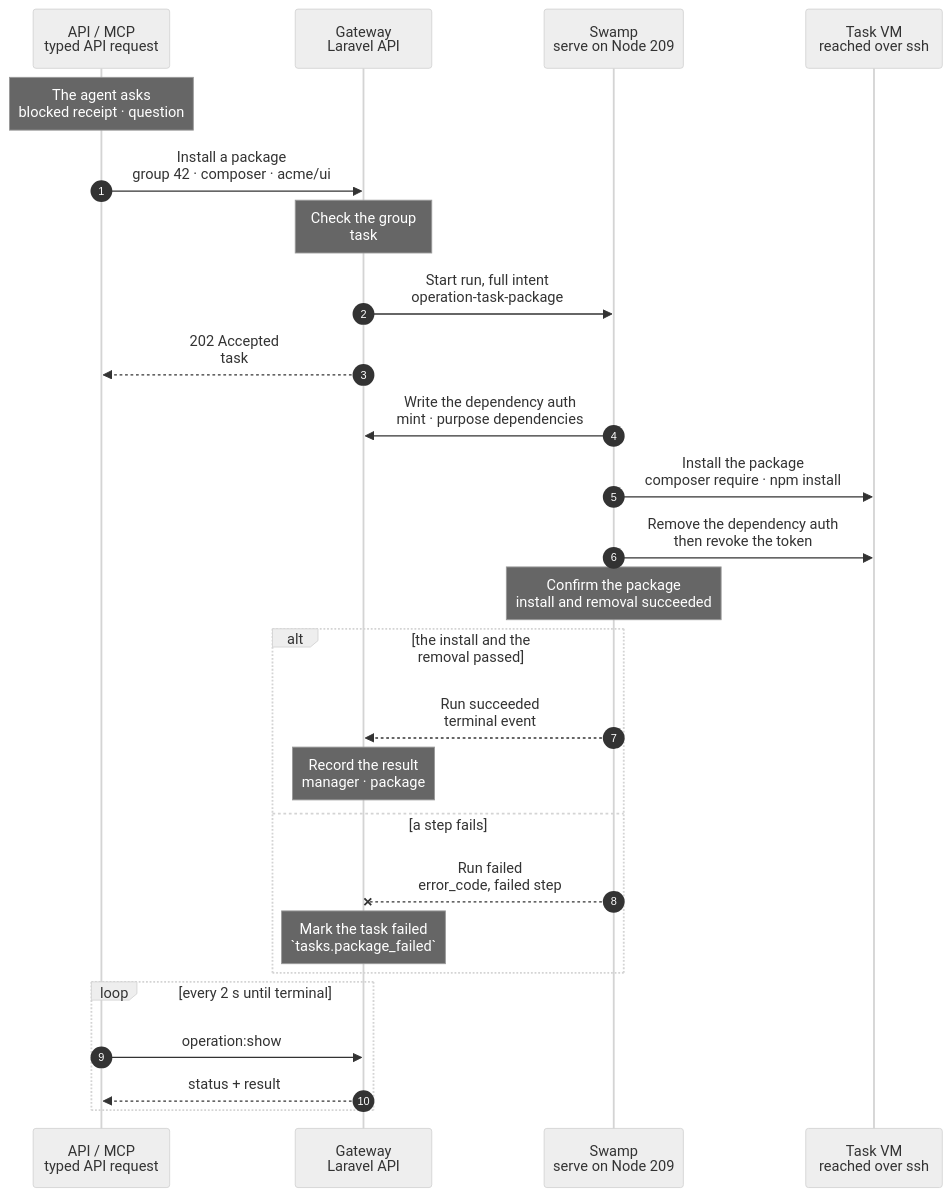
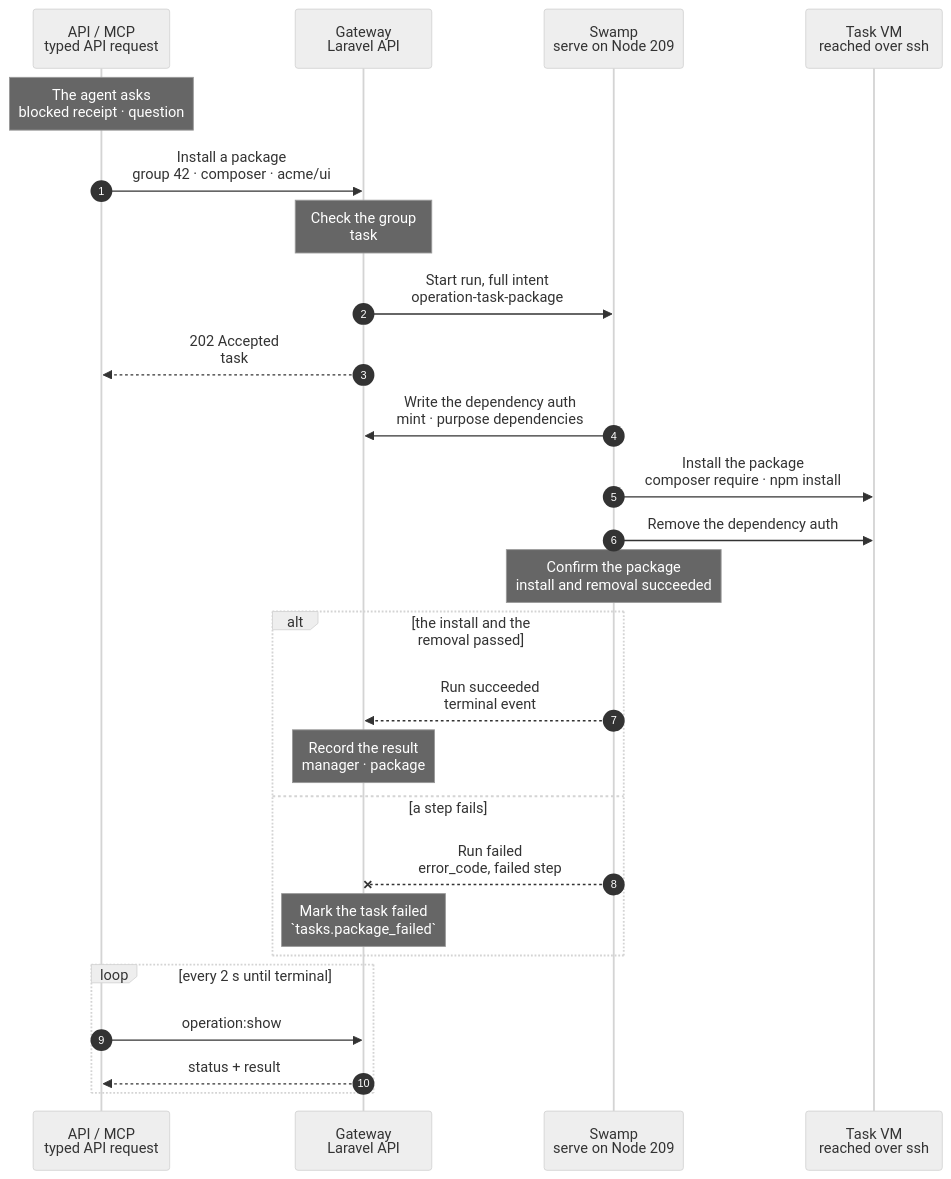
The diagram in docs/cli/tasks/package.mmd (hardimpactdev/orbit), drawn with Mermaid (neutral theme) before and after one commit. The commit also changed 11 other files, not shown here.

First line of the commit message:
Report what became of the setup token: a revoke with nothing to revoke no longer fails

```diff
--- a/docs/cli/tasks/package.mmd
+++ b/docs/cli/tasks/package.mmd
@@ -1,66 +1,67 @@
 sequenceDiagram
   %% Target design: Nick 2026-11-06, "a new private package mid-task: the agent asks for it through assistance, and a step installs it". docs/reference/tasks.md#install-a-private-package.
   %% status: migrated
   %% command: none · API / MCP (tasks-package)
   %% kind: tasks.package
   autonumber
   %% lane CLI icon=terminal pill=caller tone=gray
   %% lane GW icon=gateway pill=intent tone=blue
   %% lane SW icon=workflow pill=executes tone=green
   %% lane VM icon=terminal pill=target tone=amber
   participant CLI as API / MCP<br/>typed API request
   participant GW as Gateway<br/>Laravel API
   participant SW as Swamp<br/>serve on Node 209
   participant VM as Task VM<br/>reached over ssh
   Note over CLI: The agent asks<br/>blocked receipt · question
   %%> What it does:
   %%> - the agent of group 42 cannot resolve a private package; it ends its turn `blocked` with the package name as its question
   %%> - the Gateway shows the question as assistance on the subtask; nothing else happens
   %%> Who answers:
   %%> - the orchestrator, which decides that the package may be installed, then sends the request below
   CLI->>GW: Install a package<br/>group 42 · composer · acme/ui
   %%> Command:
   %%> - `POST /api/v1/task-groups/42/package` with `manager` (`composer` or `npm`), `package` and an `Idempotency-Key`
   %%> - syntax: the MCP tool `tasks-package` with `group`, `manager`, `package`
   Note over GW: Check the group<br/>task #5170 · key names
   %%> Requirements:
   %%> - your Node has an access grant to the Gateway
   %%> - group 42 is an open external group with its own task VM workspace
   %%> - the package is a name and an optional version constraint, never an option
   %%> - no other task runs on group 42; the Gateway holds one lock per group
   %%> What it does:
   %%> - records the manager, the package, the SSH target and the vault key names of the dependency configuration; it mints no token
   GW->>SW: Start run, full intent<br/>operation-task-package
   GW-->>CLI: 202 Accepted<br/>task #5170
   %%> Next:
   %%> - the caller follows the task with `operation:show`
   SW->>GW: Write the dependency auth<br/>mint · purpose dependencies
   %%> What it does:
   %%> - the shared child workflow asks the Gateway for a read token (`operation:direct:github-token`), then writes the Composer `auth.json` and the `.npmrc` of the task account on the VM, mode 0600
   %%> - the token is minted for this run only and expires within the hour
   SW->>VM: Install the package<br/>composer require · npm install
   %%> What it does:
   %%> - one official `@swamp/ssh exec` argument list in the checkout: `composer require --no-scripts` or `npm install --ignore-scripts`, with the package after `--`
   %%> - the package manager updates `composer.json` and its lock file, or `package.json` and its lock file, in the workspace; nothing is committed
-  SW->>VM: Remove the dependency auth<br/>then revoke the token
+  SW->>VM: Remove the dependency auth
   %%> When:
   %%> - always, after the install, on success and on failure; a failed removal fails the run
   %%> What it does:
   %%> - the shared child workflow deletes both files, then revokes the token (`DELETE installation/token`) so a command that echoed it holds a dead token
-  %%> - a failed revoke does not fail the run; the token expires within the hour
+  %%> - it reports the outcome as `dependency_token` in the result: `revoked`, `none` (GitHub answered 401) or `unrevoked` with the reason
+  %%> - Decided by the orchestrator, for Nick's review: an `unrevoked` token does not fail the run; the files are gone and the token expires within the hour
   Note over SW: Confirm the package<br/>install and removal succeeded
   alt the install and the removal passed
     SW-->>GW: Run succeeded<br/>terminal event
     Note over GW: Record the result<br/>manager · package
     %%> Result:
-    %%> - task #5170 succeeds; the orchestrator resolves the assistance, and the agent gets a new turn with the package installed
+    %%> - task #5170 succeeds with `manager`, `package` and `dependency_token`; the orchestrator resolves the assistance, and the agent gets a new turn with the package installed
   else a step fails
     SW--xGW: Run failed<br/>error_code, failed step
     Note over GW: Mark the task failed<br/>`tasks.package_failed`
     %%> Retry:
     %%> - a repeat with the same package writes the configuration again; a run cancelled before the removal leaves the files until the token expires or `tasks:cancel` removes the VM
   end
   loop every 2 s until terminal
     CLI->>GW: operation:show #5170
     GW-->>CLI: status + result
   end
```
